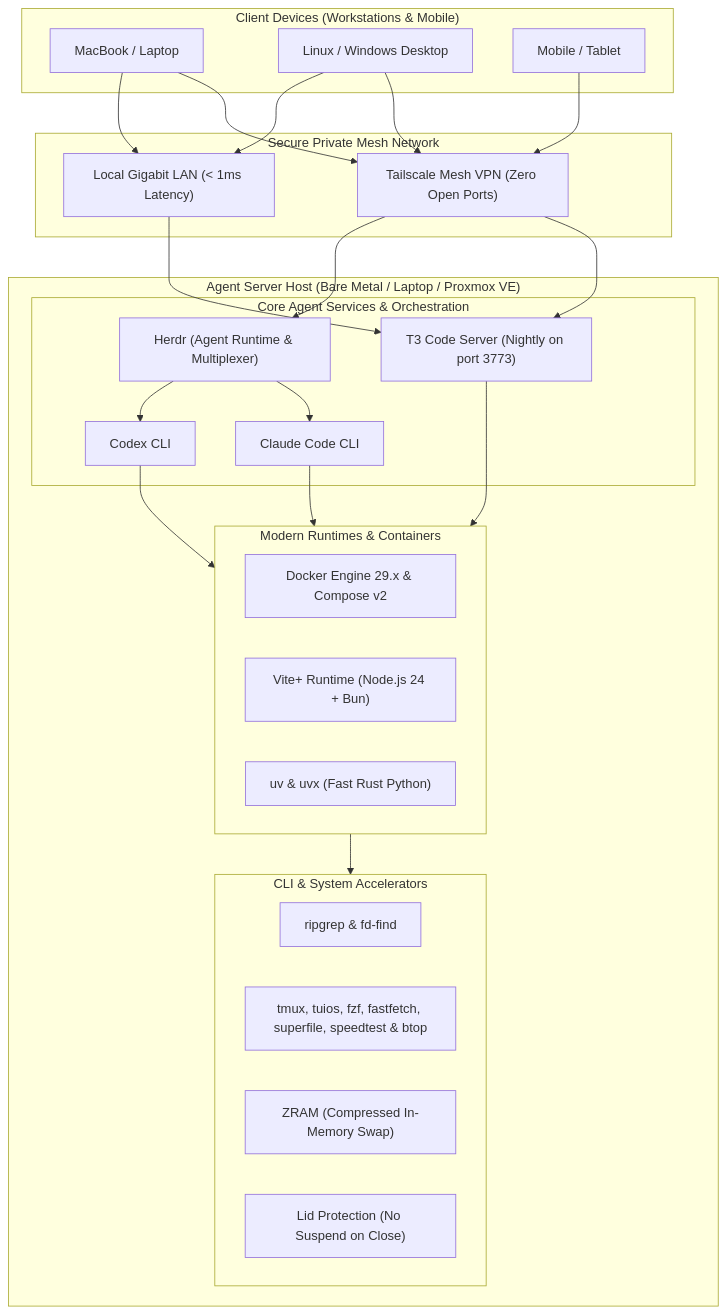
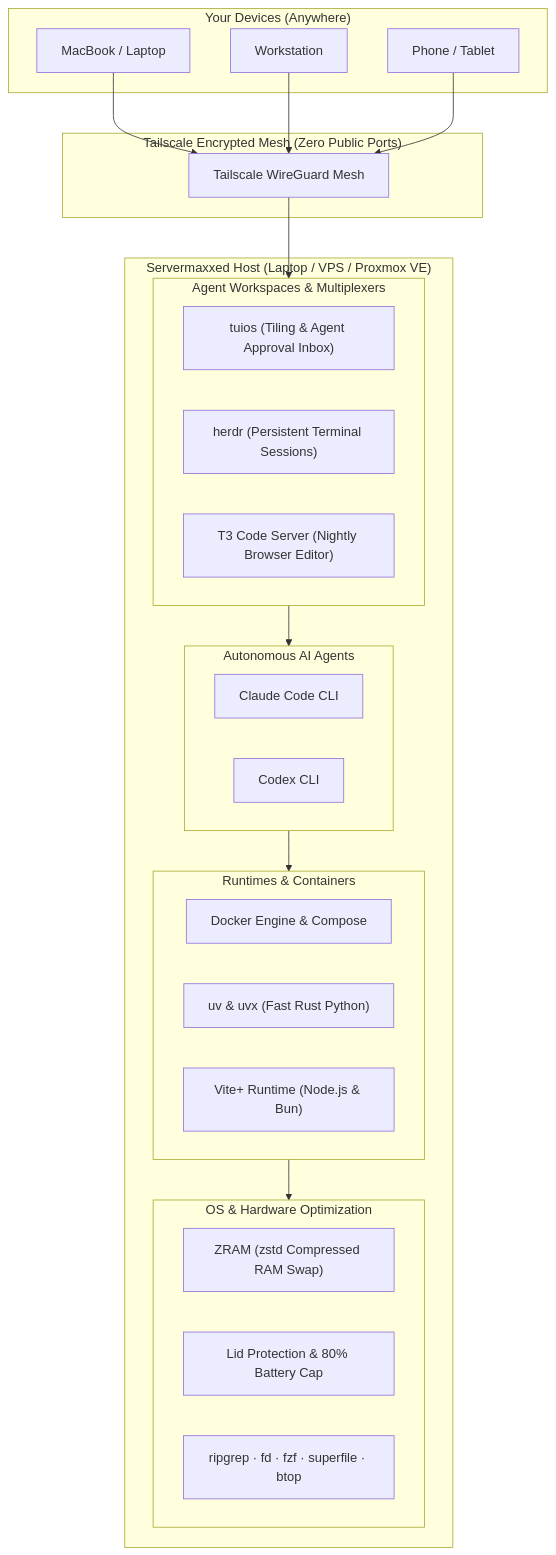
Before and after one commit to kshanxs/agent-server-setup: the diagram in README.md, drawn with Mermaid. The commit also changed other lines of this file, not shown here.

Commit message:
docs: update README with comprehensive overview, quick start guides, and architecture diagrams

````diff
--- a/README.md
+++ b/README.md
@@ -19,53 +121,43 @@
 ```mermaid
 flowchart TD
-    subgraph Clients["Client Devices (Workstations & Mobile)"]
+    subgraph Clients["Your Devices (Anywhere)"]
         MAC["MacBook / Laptop"]
-        DESK["Linux / Windows Desktop"]
-        PHONE["Mobile / Tablet"]
+        DESK["Workstation"]
+        PHONE["Phone / Tablet"]
     end
 
-    subgraph Network["Secure Private Mesh Network"]
-        TS["Tailscale Mesh VPN (Zero Open Ports)"]
-        LAN["Local Gigabit LAN (< 1ms Latency)"]
+    subgraph Network["Tailscale Encrypted Mesh (Zero Public Ports)"]
+        TS["Tailscale WireGuard Mesh"]
     end
 
-    subgraph Host["Agent Server Host (Bare Metal / Laptop / Proxmox VE)"]
-        subgraph Services["Core Agent Services & Orchestration"]
-            T3["T3 Code Server (Nightly on port 3773)"]
-            HERDR["Herdr (Agent Runtime & Multiplexer)"]
+    subgraph Server["Servermaxxed Host (Laptop / VPS / Proxmox VE)"]
+        subgraph Orchestration["Agent Workspaces & Multiplexers"]
+            TUI["tuios (Tiling & Agent Approval Inbox)"]
+            HERDR["herdr (Persistent Terminal Sessions)"]
+            T3["T3 Code Server (Nightly Browser Editor)"]
+        end
+
+        subgraph Agents["Autonomous AI Agents"]
             CLAUDE["Claude Code CLI"]
             CODEX["Codex CLI"]
         end
 
-        subgraph Runtimes["Modern Runtimes & Containers"]
-            DOCKER["Docker Engine 29.x & Compose v2"]
-            VITE["Vite+ Runtime (Node.js 24 + Bun)"]
+        subgraph Engine["Runtimes & Containers"]
+            DOCKER["Docker Engine & Compose"]
             UV["uv & uvx (Fast Rust Python)"]
+            VP["Vite+ Runtime (Node.js & Bun)"]
         end
 
-        subgraph Accelerators["CLI & System Accelerators"]
-            SEARCH["ripgrep & fd-find"]
-            TERM["tmux, tuios, fzf, fastfetch, superfile, speedtest & btop"]
-            ZRAM["ZRAM (Compressed In-Memory Swap)"]
-            LID["Lid Protection (No Suspend on Close)"]
+        subgraph Kernel["OS & Hardware Optimization"]
+            ZRAM["ZRAM (zstd Compressed RAM Swap)"]
+            LID["Lid Protection & 80% Battery Cap"]
+            CLI["ripgrep · fd · fzf · superfile · btop"]
         end
     end
 
-    MAC --> TS
-    DESK --> TS
-    PHONE --> TS
-    MAC --> LAN
-    DESK --> LAN
-
-    TS --> T3
-    LAN --> T3
-    TS --> HERDR
-
-    T3 --> Runtimes
-    HERDR --> CLAUDE
-    HERDR --> CODEX
-    CLAUDE --> Runtimes
-    CODEX --> Runtimes
-
-    Runtimes --> Accelerators
+    MAC & DESK & PHONE --> TS
+    TS --> Orchestration
+    Orchestration --> Agents
+    Agents --> Engine
+    Engine --> Kernel
 ```
````
